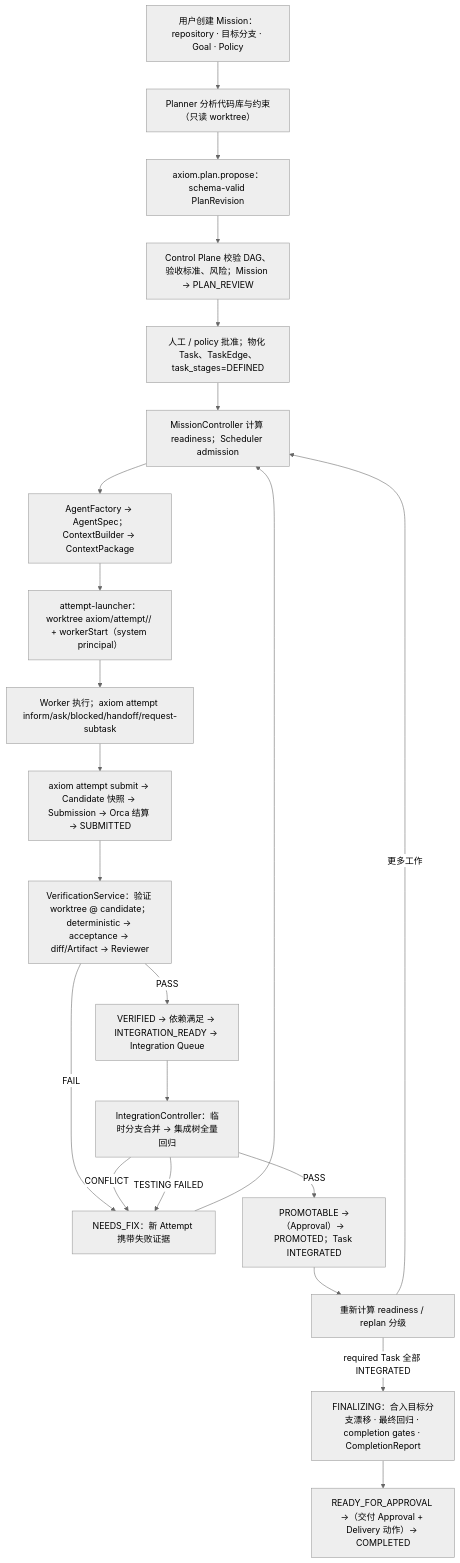
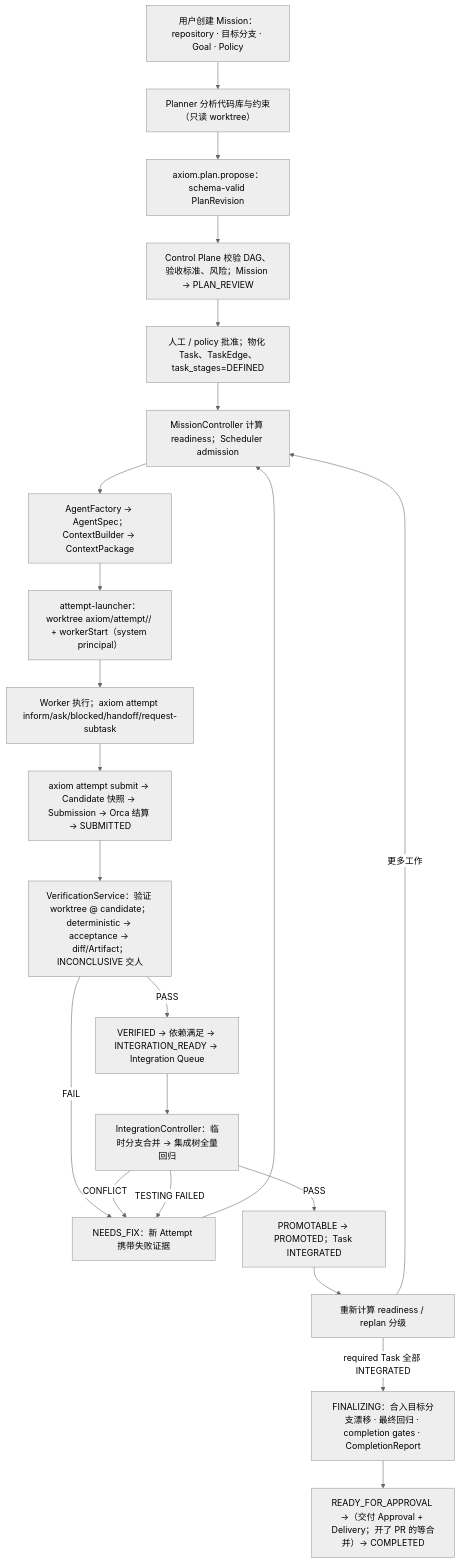
Before and after one commit to LaPaGaYo/Axiom: the second of 2 diagrams in docs/ARCHITECTURE.md, drawn with Mermaid (neutral theme). The commit also changed other lines of this file and 6 other files, not shown here.

````diff
--- a/docs/ARCHITECTURE.md
+++ b/docs/ARCHITECTURE.md
@@ -294,24 +294,24 @@
 ```mermaid
 flowchart TD
   A["用户创建 Mission：repository · 目标分支 · Goal · Policy"] --> B["Planner 分析代码库与约束（只读 worktree）"]
   B --> C["axiom.plan.propose：schema-valid PlanRevision"]
   C --> D["Control Plane 校验 DAG、验收标准、风险；Mission → PLAN_REVIEW"]
   D --> E["人工 / policy 批准；物化 Task、TaskEdge、task_stages=DEFINED"]
   E --> F["MissionController 计算 readiness；Scheduler admission"]
   F --> G["AgentFactory → AgentSpec；ContextBuilder → ContextPackage"]
   G --> H["attempt-launcher：worktree axiom/attempt/<taskId>/<seq> + workerStart（system principal）"]
   H --> I["Worker 执行；axiom attempt inform/ask/blocked/handoff/request-subtask"]
   I --> J["axiom attempt submit → Candidate 快照 → Submission → Orca 结算 → SUBMITTED"]
-  J --> K["VerificationService：验证 worktree @ candidate；deterministic → acceptance → diff/Artifact → Reviewer"]
+  J --> K["VerificationService：验证 worktree @ candidate；deterministic → acceptance → diff/Artifact；INCONCLUSIVE 交人"]
   K -->|FAIL| L["NEEDS_FIX：新 Attempt 携带失败证据"]
   L --> F
   K -->|PASS| M["VERIFIED → 依赖满足 → INTEGRATION_READY → Integration Queue"]
   M --> N["IntegrationController：临时分支合并 → 集成树全量回归"]
   N -->|CONFLICT| L
   N -->|TESTING FAILED| L
-  N -->|PASS| P["PROMOTABLE →（Approval）→ PROMOTED；Task INTEGRATED"]
+  N -->|PASS| P["PROMOTABLE → PROMOTED；Task INTEGRATED"]
   P --> Q["重新计算 readiness / replan 分级"]
   Q -->|更多工作| F
   Q -->|required Task 全部 INTEGRATED| R["FINALIZING：合入目标分支漂移 · 最终回归 · completion gates · CompletionReport"]
-  R --> S["READY_FOR_APPROVAL →（交付 Approval + Delivery 动作）→ COMPLETED"]
+  R --> S["READY_FOR_APPROVAL →（交付 Approval + Delivery；开了 PR 的等合并）→ COMPLETED"]
 ```
````
